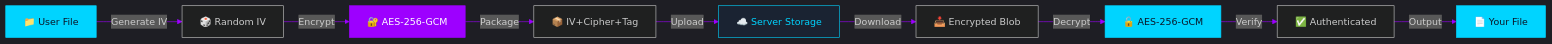
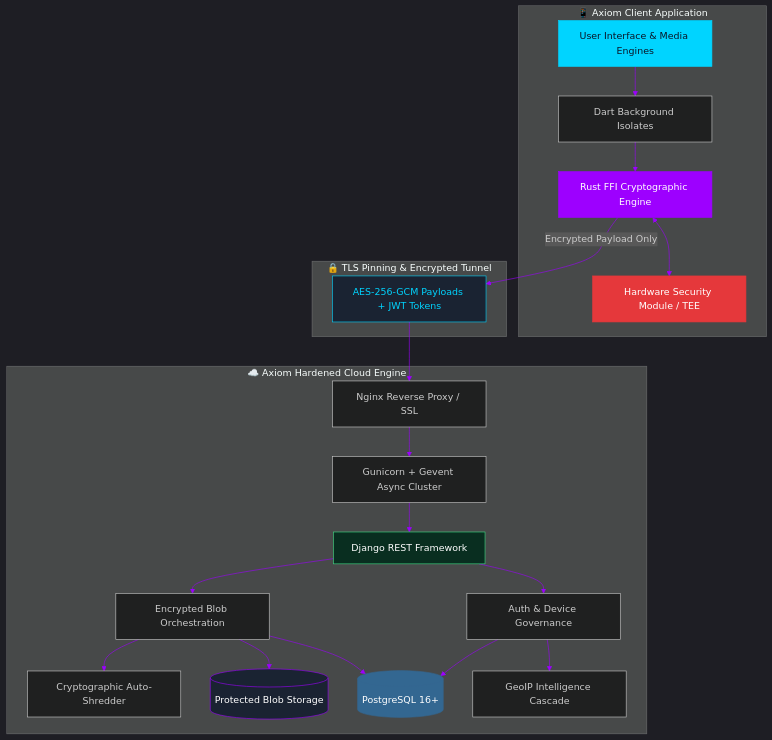
The diagram in README.md (himanshuchaurasiya24/axiom_releases), drawn with Mermaid before and after one commit. The commit also changed other lines of this file and 5 other files, not shown here.

````diff
--- a/README.md
+++ b/README.md
@@ -323,19 +102,53 @@
 ```mermaid
 %%{init: {'theme':'dark', 'themeVariables': { 'primaryColor':'#00D4FF','primaryTextColor':'#fff','primaryBorderColor':'#00D4FF','lineColor':'#9D00FF','secondaryColor':'#0A1628','tertiaryColor':'#1a2332'}}}%%
-graph LR
-    A[📁 User File] -->|Generate IV| B[🎲 Random IV]
-    B -->|Encrypt| C[🔐 AES-256-GCM]
-    C -->|Package| D[📦 IV+Cipher+Tag]
-    D -->|Upload| E[☁️ Server Storage]
+graph TB
+    subgraph Client [📱 Axiom Client Application]
+        UI[User Interface & Media Engines]
+        ISO[Dart Background Isolates]
+        RUST[Rust FFI Cryptographic Engine]
+        TEE[Hardware Security Module / TEE]
+        
+        UI --> ISO
+        ISO --> RUST
+        RUST <--> TEE
+    end
+
+    subgraph Transport [🔒 TLS Pinning & Encrypted Tunnel]
+        NET[AES-256-GCM Payloads + JWT Tokens]
+    end
+
+    subgraph Cloud [☁️ Axiom Hardened Cloud Engine]
+        NGINX[Nginx Reverse Proxy / SSL]
+        WSGI[Gunicorn + Gevent Async Cluster]
+        DRF[Django REST Framework]
+        
+        AUTH[Auth & Device Governance]
+        STORAGE[Encrypted Blob Orchestration]
+        GEO[GeoIP Intelligence Cascade]
+        SHRED[Cryptographic Auto-Shredder]
+        
+        DB[(PostgreSQL 16+)]
+        BLOBS[(Protected Blob Storage)]
+    end
+
+    RUST -->|Encrypted Payload Only| NET
+    NET --> NGINX
+    NGINX --> WSGI
+    WSGI --> DRF
     
-    E -->|Download| F[📥 Encrypted Blob]
-    F -->|Decrypt| G[🔓 AES-256-GCM]
-    G -->|Verify| H[✅ Authenticated]
-    H -->|Output| I[📄 Your File]
-    
-    style A fill:#00D4FF,stroke:#00D4FF,color:#0A1628
-    style C fill:#9D00FF,stroke:#9D00FF,color:#fff
-    style E fill:#1a2332,stroke:#00D4FF,color:#00D4FF
-    style G fill:#00D4FF,stroke:#00D4FF,color:#0A1628
-    style I fill:#00D4FF,stroke:#00D4FF,color:#0A1628
+    DRF --> AUTH
+    DRF --> STORAGE
+    AUTH --> GEO
+    AUTH --> DB
+    STORAGE --> DB
+    STORAGE --> BLOBS
+    STORAGE --> SHRED
+
+    style UI fill:#00D4FF,stroke:#00D4FF,color:#0A1628
+    style RUST fill:#9D00FF,stroke:#9D00FF,color:#fff
+    style TEE fill:#E5383B,stroke:#E5383B,color:#fff
+    style NET fill:#1a2332,stroke:#00D4FF,color:#00D4FF
+    style DRF fill:#092E20,stroke:#3DDC84,color:#fff
+    style DB fill:#336791,stroke:#336791,color:#fff
+    style BLOBS fill:#1a2332,stroke:#9D00FF,color:#fff
 ```
````
